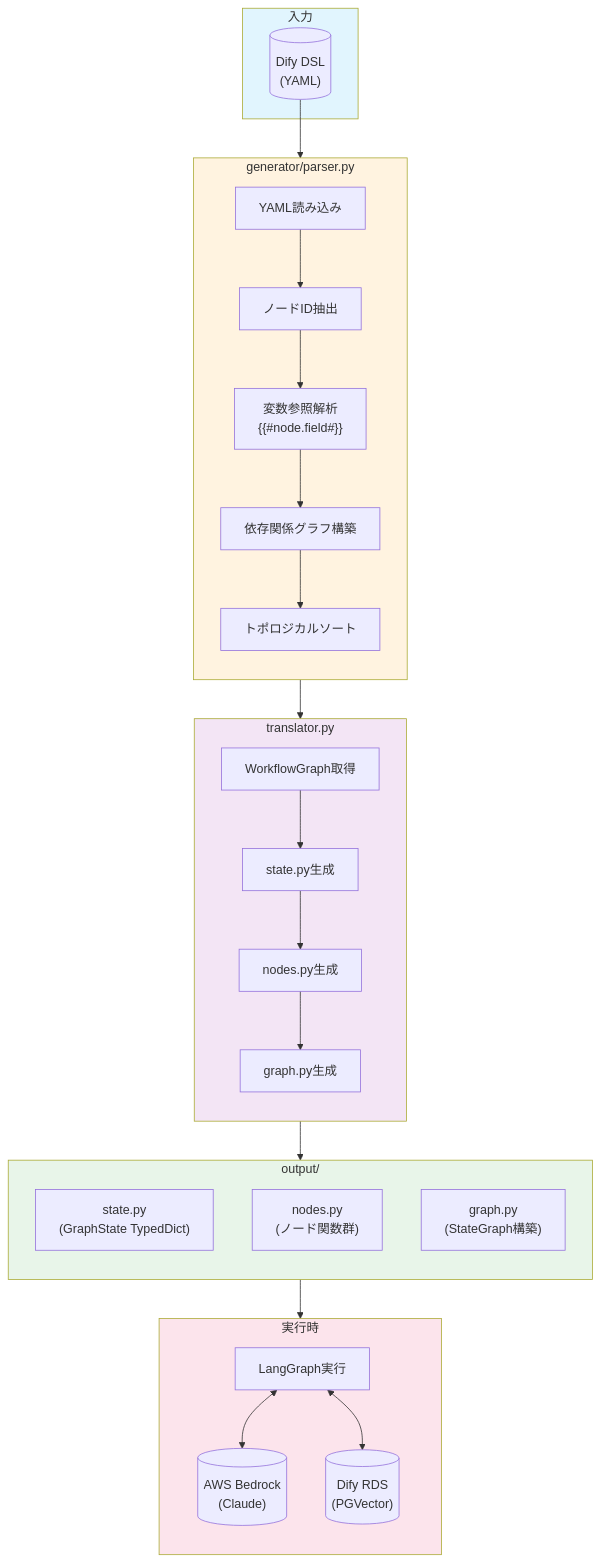
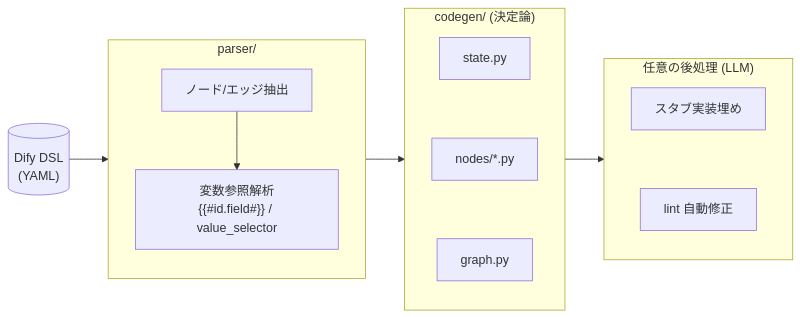
Before and after one commit to o02c/dify-workflow-to-langgraph: the diagram in README.md, drawn with Mermaid. The commit also changed other lines of this file and 47 other files, not shown here.

````diff
--- a/README.md
+++ b/README.md
@@ -7,55 +11,15 @@
 ```mermaid
-flowchart TB
-    subgraph Input["入力"]
-        DSL[("Dify DSL<br/>(YAML)")]
+flowchart LR
+    DSL[("Dify DSL<br/>(YAML)")] --> Parser
+    subgraph Parser["parser/"]
+        P1[ノード/エッジ抽出] --> P2["変数参照解析<br/>{{#id.field#}} / value_selector"]
     end
-
-    subgraph Parser["generator/parser.py"]
-        direction TB
-        P1[YAML読み込み]
-        P2[ノードID抽出]
-        P3["変数参照解析<br/>{{#node.field#}}"]
-        P4[依存関係グラフ構築]
-        P5[トポロジカルソート]
-
-        P1 --> P2 --> P3 --> P4 --> P5
+    Parser --> Codegen
+    subgraph Codegen["codegen/ (決定論)"]
+        C1[state.py] ~~~ C2[nodes/*.py] ~~~ C3[graph.py]
     end
-
-    subgraph Translator["translator.py"]
-        direction TB
-        T1[WorkflowGraph取得]
-        T2[state.py生成]
-        T3[nodes.py生成]
-        T4[graph.py生成]
-
-        T1 --> T2 --> T3 --> T4
+    Codegen --> Opt
+    subgraph Opt["任意の後処理 (LLM)"]
+        O1[スタブ実装埋め] ~~~ O2[lint 自動修正]
     end
-
-    subgraph Output["output/"]
-        direction TB
-        S["state.py<br/>(GraphState TypedDict)"]
-        N["nodes.py<br/>(ノード関数群)"]
-        G["graph.py<br/>(StateGraph構築)"]
-    end
-
-    subgraph Runtime["実行時"]
-        direction TB
-        R1[LangGraph実行]
-        R2[("AWS Bedrock<br/>(Claude)")]
-        R3[("Dify RDS<br/>(PGVector)")]
-
-        R1 <--> R2
-        R1 <--> R3
-    end
-
-    DSL --> Parser
-    Parser --> Translator
-    Translator --> Output
-    Output --> Runtime
-
-    style Input fill:#e1f5fe
-    style Parser fill:#fff3e0
-    style Translator fill:#f3e5f5
-    style Output fill:#e8f5e9
-    style Runtime fill:#fce4ec
 ```
````
